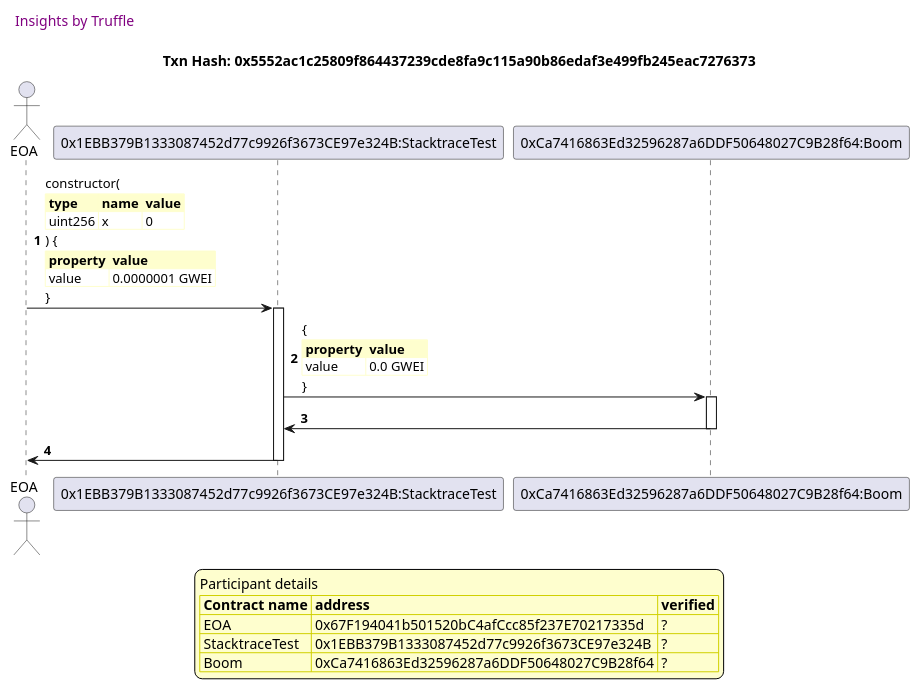
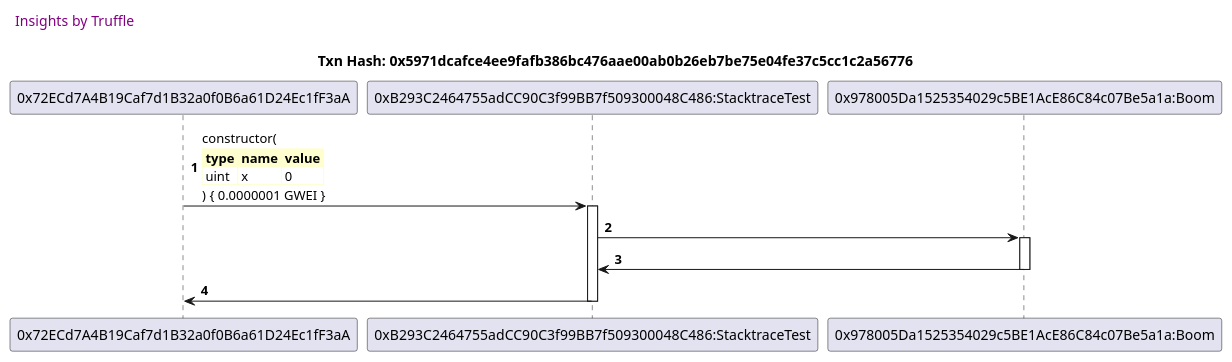
One commit to trufflesuite/txlog-seedlings changed the fifth of 14 diagrams in truffle-seq/stacktrace.test.md. Above: the diagram before and after it, drawn with PlantUML. The commit also changed other lines of this file and 3 other files, not shown here.

````diff
--- a/truffle-seq/stacktrace.test.md
+++ b/truffle-seq/stacktrace.test.md
@@ -259,58 +171,32 @@
 ```plantuml
 
 
 @startuml
 
 autonumber
 skinparam legendBackgroundColor #FEFECE
 
 <style>
       header {
         HorizontalAlignment left
         FontColor purple
         FontSize 14
         Padding 10
       }
     </style>
 
 header Insights by Truffle
 
-title Txn Hash: 0x5552ac1c25809f864437239cde8fa9c115a90b86edaf3e499fb245eac7276373
+title Txn Hash: 0x5971dcafce4ee9fafb386bc476aae00ab0b26eb7be75e04fe37c5cc1c2a56776
 
 
-actor EOA as "EOA"
-
-participant StacktraceTest as "0x1EBB379B1333087452d77c9926f3673CE97e324B:StacktraceTest"
-
-participant Boom as "0xCa7416863Ed32596287a6DDF50648027C9B28f64:Boom"
-
-"EOA" -> "StacktraceTest" ++: constructor(\n\
+"0x72ECd7A4B19Caf7d1B32a0f0B6a61D24Ec1fF3aA" -> "0xB293C2464755adCC90C3f99BB7f509300048C486:StacktraceTest" ++: constructor(\n\
 <#FEFECE,#FEFECE>|= type |= name |= value |\n\
-| uint256 | x | 0 |\n\
-) {\n\
-<#FEFECE,#FEFECE>|= property |= value|\n\
-| value | 0.0000001 GWEI |\n\
-}
-
-"StacktraceTest" -> "Boom" ++: {\n\
-<#FEFECE,#FEFECE>|= property |= value|\n\
-| value | 0.0 GWEI |\n\
-}
-
-"Boom" -> "StacktraceTest" --: 
-
-"StacktraceTest" -> "EOA" --: 
-
-
-
-legend
-Participant details
-<#FEFECE,#D0D000>|= Contract name |= address |= verified |
-<#FEFECE>| EOA | 0x67F194041b501520bC4afCcc85f237E70217335d | ? |
-<#FEFECE>| StacktraceTest | 0x1EBB379B1333087452d77c9926f3673CE97e324B | ? |
-<#FEFECE>| Boom | 0xCa7416863Ed32596287a6DDF50648027C9B28f64 | ? |
-endlegend
-
+| uint | x | 0 |\n\
+) { 0.0000001 GWEI }
+"0xB293C2464755adCC90C3f99BB7f509300048C486:StacktraceTest" -> "0x978005Da1525354029c5BE1AcE86C84c07Be5a1a:Boom" ++: 
+"0x978005Da1525354029c5BE1AcE86C84c07Be5a1a:Boom" -> "0xB293C2464755adCC90C3f99BB7f509300048C486:StacktraceTest" --: 
+"0xB293C2464755adCC90C3f99BB7f509300048C486:StacktraceTest" -> "0x72ECd7A4B19Caf7d1B32a0f0B6a61D24Ec1fF3aA" --: 
 
 @enduml
 ```
````
